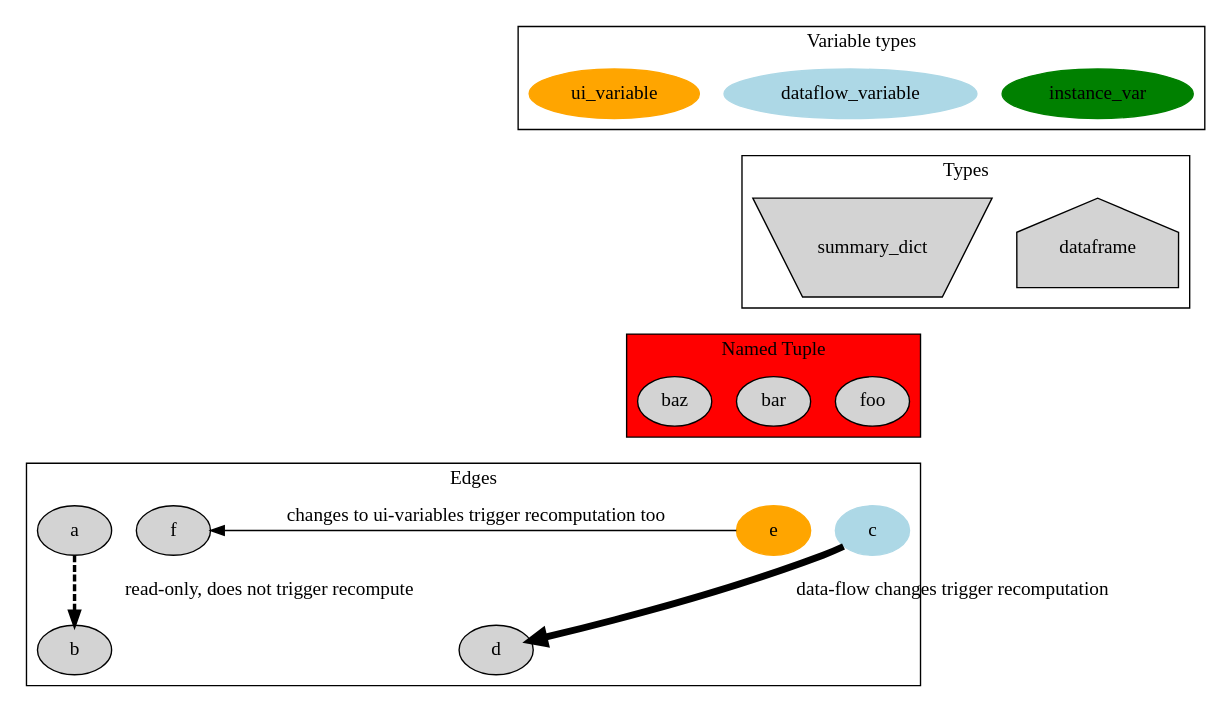
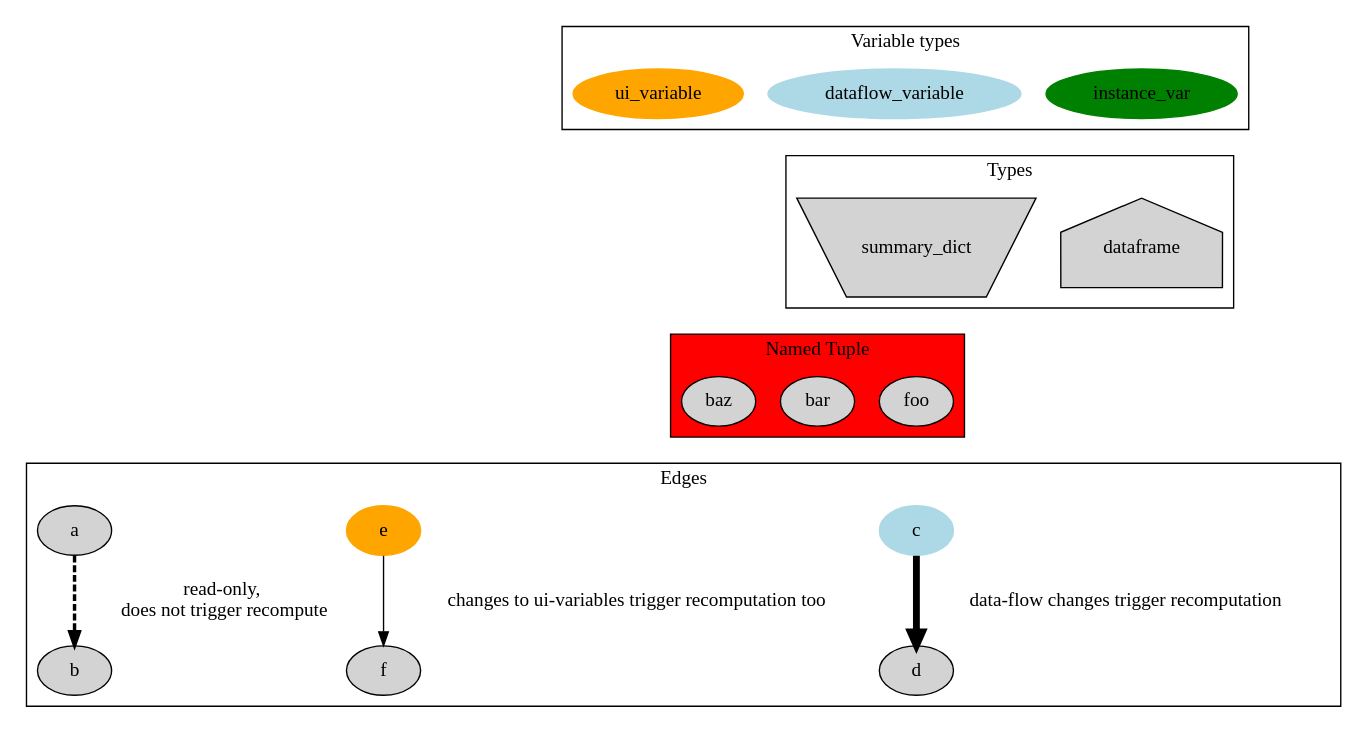
One commit to paddymul/buckaroo changed the diagram in docs/source/articles/glossary.dot. Above: the diagram before and after it, drawn with Graphviz. The commit also changed other lines of this file and 5 other files, not shown here.

Commit message:
added graphviz to docs setup

```diff
--- a/docs/source/articles/glossary.dot
+++ b/docs/source/articles/glossary.dot
@@ -1,50 +1,52 @@
 digraph g {
     compound=true;
 	ratio = fill;
 	k=.8
 	node [style=filled];
 	
 subgraph cluster_variables {
     label="Variable types";
     instance_var [color="green";]
     dataflow_variable [color="lightblue"]
     ui_variable [color="orange"];
     }
     instance_var -> dataframe [fconstraint=false style="invis" weight=10]
 
 
 subgraph cluster_types {
     label="Types";
     dataframe [shape="house" height=1 width=.5];
     summary_dict [shape="invtrapezium" height=1 width=.5];
 }
 
 summary_dict -> foo [fconstraint=false  style="invis"]
 
 subgraph cluster_blah {
     label="Named Tuple";
     fillcolor="red";
     style=filled;
     foo 
     bar
     baz 
     }
 
 	foo -> c [ style="invis"]
 
 
 subgraph cluster_edges {
+    landscape=true
+    packmode=10
     label="Edges";
     c -> d  [penwidth = 5; 
         label="  data-flow changes trigger recomputation" ];
 
-    e -> f [ constraint=false 
+    e -> f [ fconstraint=false 
         label="  changes to ui-variables trigger recomputation too" ]
 
     a -> b  [ style="dashed" penwidth=2.5
-        label="  read-only, does not trigger recompute"];
+        label="  read-only,\n   does not trigger recompute"];
     e [color="orange"];
     c [color="lightblue"]
     }
 
 }
```
